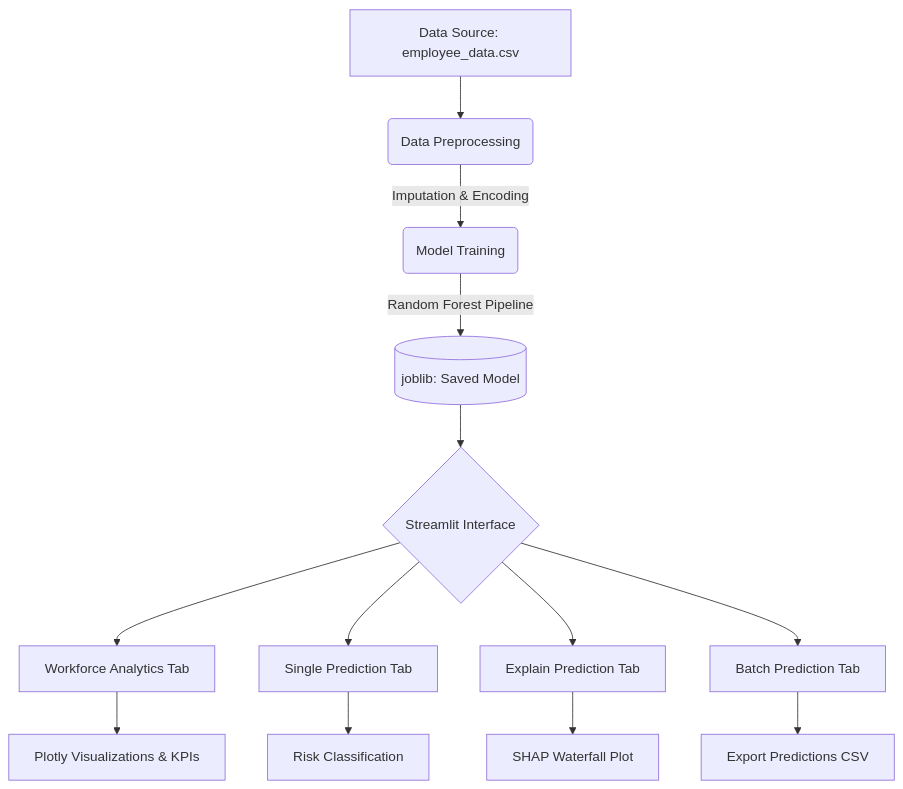
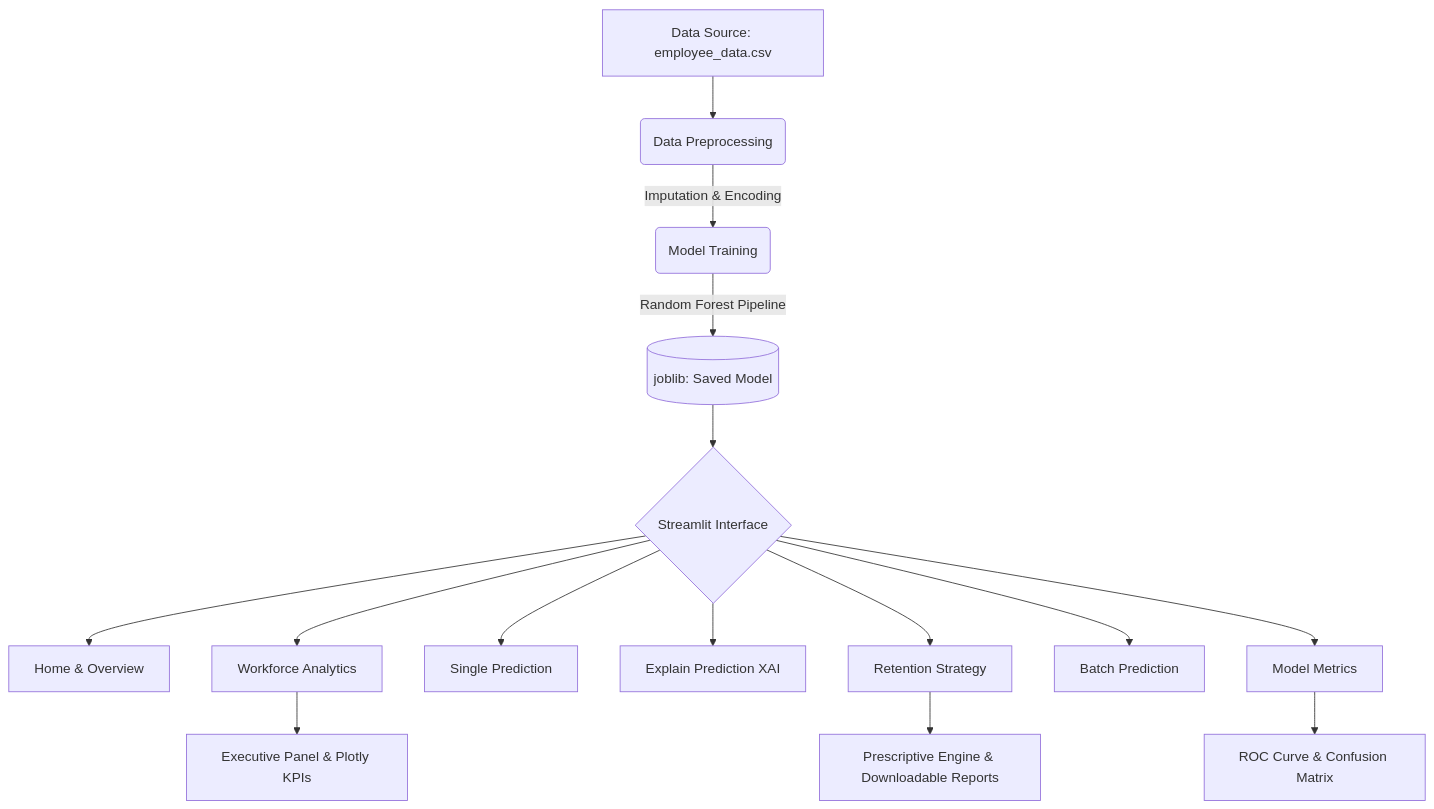
Before and after one commit to Sri-Gowtham/Employee-Attrition-AI: the diagram in README.md, drawn with Mermaid. The commit also changed other lines of this file, not shown here.

````diff
--- a/README.md
+++ b/README.md
@@ -38,18 +65,20 @@
 ```mermaid
 graph TD
     A[Data Source: employee_data.csv] --> B(Data Preprocessing)
     B --> |Imputation & Encoding| C(Model Training)
     C --> |Random Forest Pipeline| D[(joblib: Saved Model)]
     
     D --> E{Streamlit Interface}
     
-    E --> F[Workforce Analytics Tab]
-    E --> G[Single Prediction Tab]
-    E --> H[Explain Prediction Tab]
-    E --> I[Batch Prediction Tab]
+    E --> F[Home & Overview]
+    E --> G[Workforce Analytics]
+    E --> H[Single Prediction]
+    E --> I[Explain Prediction XAI]
+    E --> J[Retention Strategy]
+    E --> K[Batch Prediction]
+    E --> L[Model Metrics]
     
-    F --> J[Plotly Visualizations & KPIs]
-    G --> K[Risk Classification]
-    H --> L[SHAP Waterfall Plot]
-    I --> M[Export Predictions CSV]
+    G --> M[Executive Panel & Plotly KPIs]
+    J --> N[Prescriptive Engine & Downloadable Reports]
+    L --> O[ROC Curve & Confusion Matrix]
 ```
````
